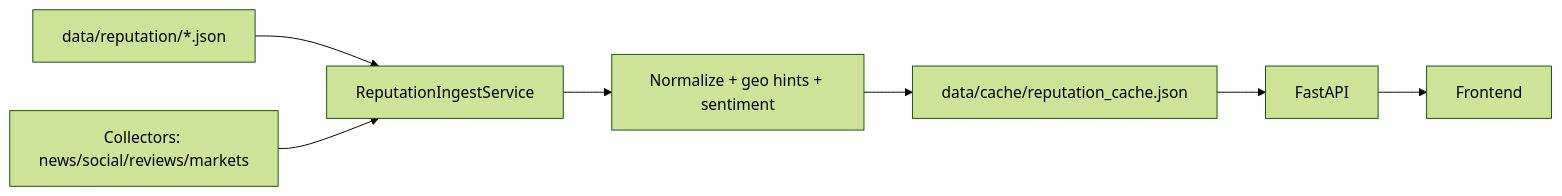
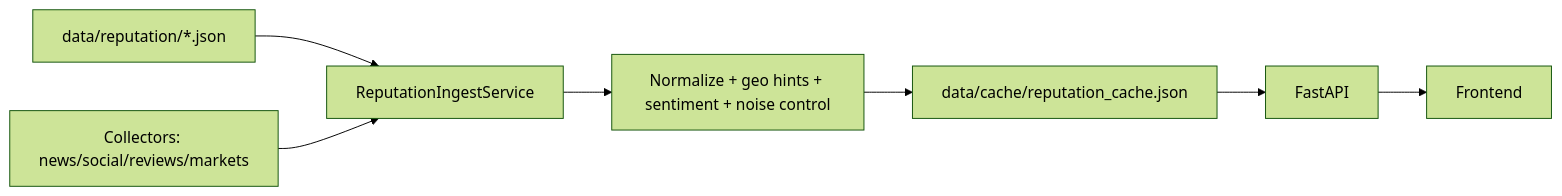
The second of 4 diagrams in docs/ARCHITECTURE.md (felixdelbarrio/Global_Overview_Radar), drawn with Mermaid (forest theme) before and after one commit. The commit also changed other lines of this file and 11 other files, not shown here.

````diff
--- a/docs/ARCHITECTURE.md
+++ b/docs/ARCHITECTURE.md
@@ -40,9 +40,9 @@
 ```mermaid
 flowchart LR
   A[data/reputation/*.json] --> B[ReputationIngestService]
   C[Collectors: news/social/reviews/markets] --> B
-  B --> D[Normalize + geo hints + sentiment]
+  B --> D[Normalize + geo hints + sentiment + noise control]
   D --> E[data/cache/reputation_cache.json]
   E --> F[FastAPI]
   F --> G[Frontend]
 ```
````
